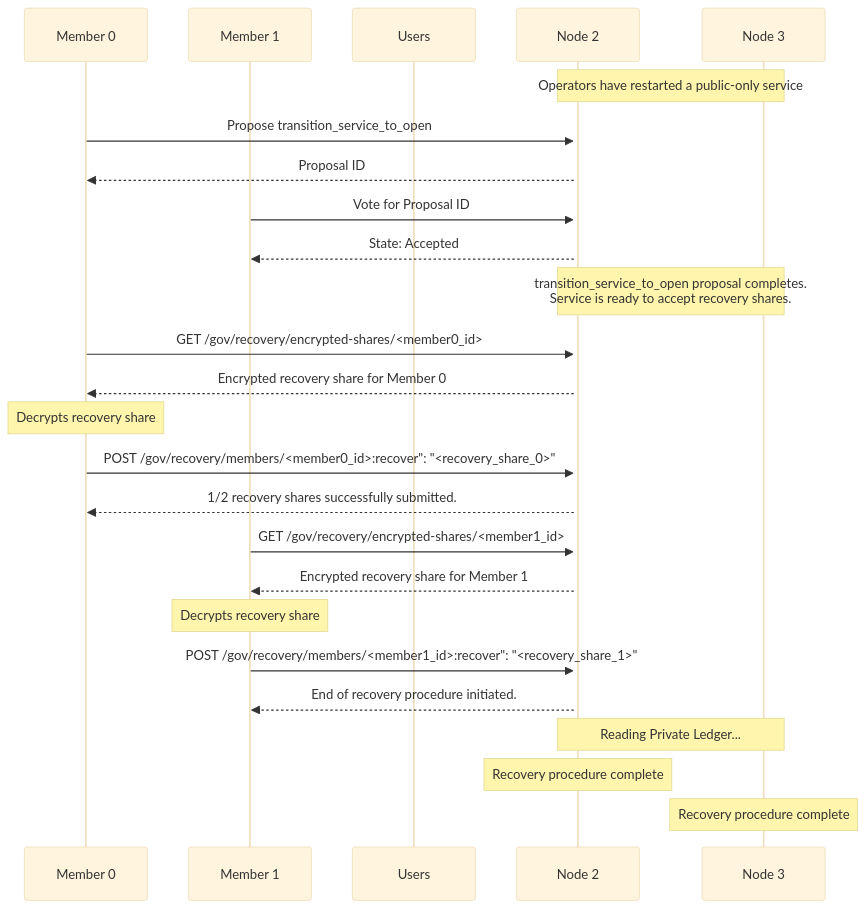
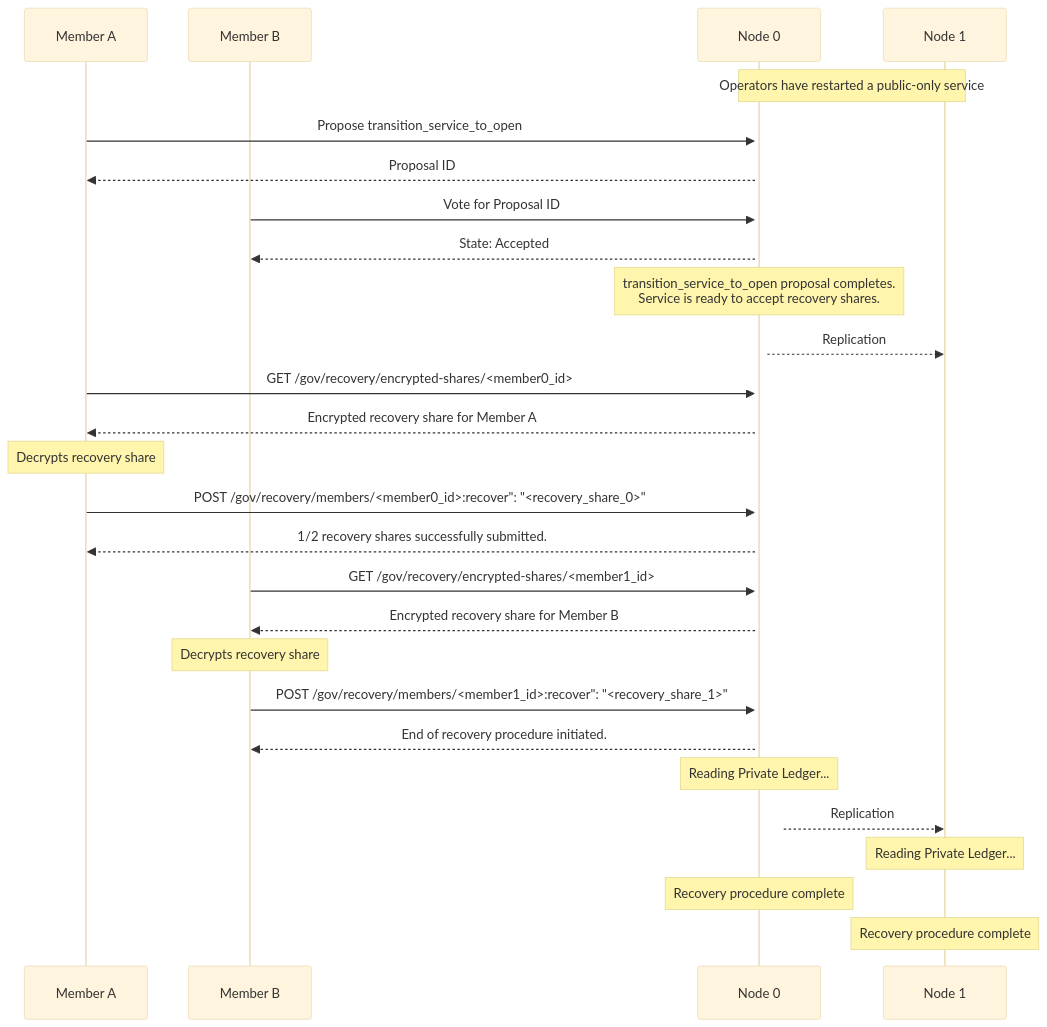
Before and after one commit to microsoft/CCF: the diagram in doc/governance/accept_recovery.rst, drawn with Mermaid (base theme). The commit also changed other lines of this file and 6 other files, not shown here.

```diff
--- a/doc/governance/accept_recovery.rst
+++ b/doc/governance/accept_recovery.rst
@@ -101,33 +135,36 @@
 .. mermaid::
 
     sequenceDiagram
-        participant Member 0
-        participant Member 1
-        participant Users
-        participant Node 2
-        participant Node 3
+        participant Member A
+        participant Member B
+        participant Node 0
+        participant Node 1
 
-        Note over Node 2, Node 3: Operators have restarted a public-only service
+        Note over Node 0, Node 1: Operators have restarted a public-only service
 
-        Member 0->>+Node 2: Propose transition_service_to_open
-        Node 2-->>Member 0: Proposal ID
-        Member 1->>+Node 2: Vote for Proposal ID
-        Node 2-->>Member 1: State: Accepted
-        Note over Node 2, Node 3: transition_service_to_open proposal completes. <br> Service is ready to accept recovery shares.
+        Member A->>+Node 0: Propose transition_service_to_open
+        Node 0-->>Member A: Proposal ID
+        Member B->>+Node 0: Vote for Proposal ID
+        Node 0-->>Member B: State: Accepted
 
-        Member 0->>+Node 2: GET /gov/recovery/encrypted-shares/<member0_id>
-        Node 2-->>Member 0: Encrypted recovery share for Member 0
-        Note over Member 0: Decrypts recovery share
-        Member 0->>+Node 2: POST /gov/recovery/members/<member0_id>:recover": "<recovery_share_0>"
-        Node 2-->>Member 0: 1/2 recovery shares successfully submitted.
+        Note over Node 0: transition_service_to_open proposal completes. <br> Service is ready to accept recovery shares.
+        Node 0-->>Node 1: Replication
 
-        Member 1->>+Node 2: GET /gov/recovery/encrypted-shares/<member1_id>
-        Node 2-->>Member 1: Encrypted recovery share for Member 1
-        Note over Member 1: Decrypts recovery share
-        Member 1->>+Node 2: POST /gov/recovery/members/<member1_id>:recover": "<recovery_share_1>"
-        Node 2-->>Member 1: End of recovery procedure initiated.
+        Member A->>+Node 0: GET /gov/recovery/encrypted-shares/<member0_id>
+        Node 0-->>Member A: Encrypted recovery share for Member A
+        Note over Member A: Decrypts recovery share
+        Member A->>+Node 0: POST /gov/recovery/members/<member0_id>:recover": "<recovery_share_0>"
+        Node 0-->>Member A: 1/2 recovery shares successfully submitted.
 
-        Note over Node 2, Node 3: Reading Private Ledger...
+        Member B->>+Node 0: GET /gov/recovery/encrypted-shares/<member1_id>
+        Node 0-->>Member B: Encrypted recovery share for Member B
+        Note over Member B: Decrypts recovery share
+        Member B->>+Node 0: POST /gov/recovery/members/<member1_id>:recover": "<recovery_share_1>"
+        Node 0-->>Member B: End of recovery procedure initiated.
 
-        Note over Node 2: Recovery procedure complete
-        Note over Node 3: Recovery procedure complete
+        Note over Node 0: Reading Private Ledger...
+        Node 0-->>Node 1: Replication
+        Note over Node 1: Reading Private Ledger...
+
+        Note over Node 0: Recovery procedure complete
+        Note over Node 1: Recovery procedure complete
```
